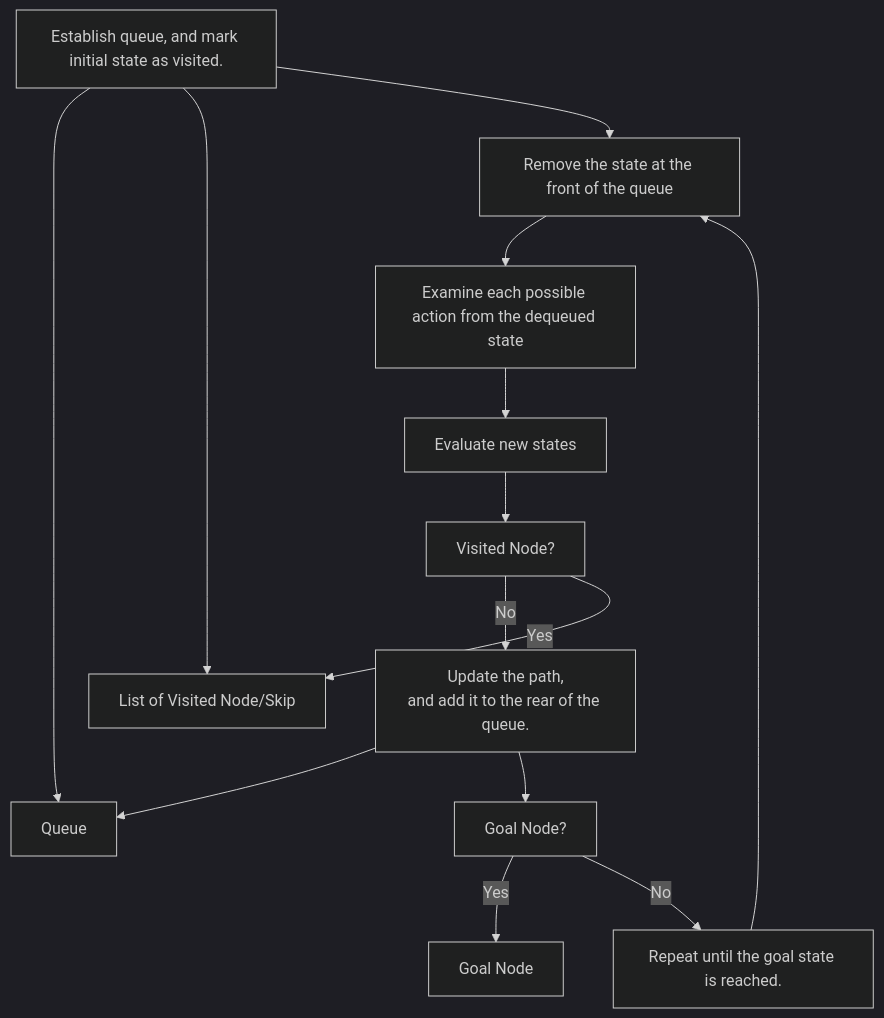
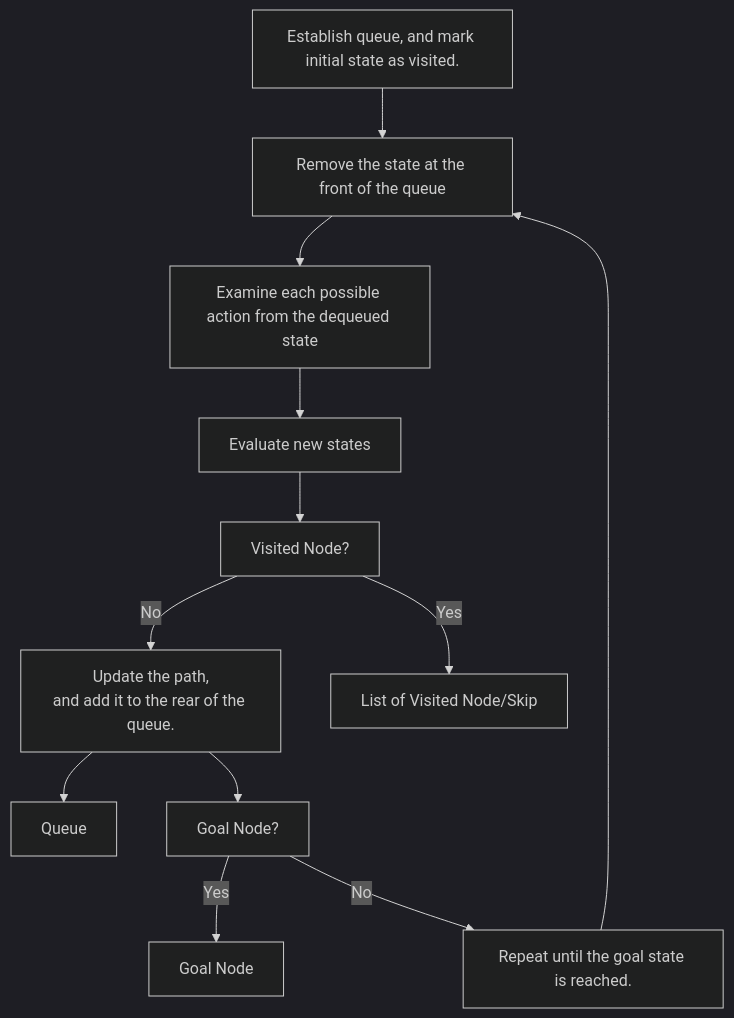
One commit to NosrevytsNg/Taxi-v3-Search-Agent changed the third of 3 diagrams in README.md. Above: the diagram before and after it, drawn with Mermaid (dark theme).

Commit message:
Update flowchart

````diff
--- a/README.md
+++ b/README.md
@@ -139,18 +139,16 @@
 ```mermaid
 flowchart TD
 
 A[Establish queue, and mark initial state as visited.]
-A --> W[Queue]
-A --> X[List of Visited Node/Skip]
 A --> B[Remove the state at the front of the queue]
 B --> C[Examine each possible action from the dequeued state]
 C --> D[Evaluate new states]
 D --> Y[Visited Node?]
 Y -->|No| E[Update the path,<br>and add it to the rear of the queue.]
-Y -->|Yes| X
-E --> W
+Y -->|Yes| X[List of Visited Node/Skip]
+E --> W[Queue]
 E --> Z[Goal Node?]
 Z --> |Yes| U[Goal Node]
 Z --> |No| F[Repeat until the goal state is reached.]
 F --> B
 ```
````
